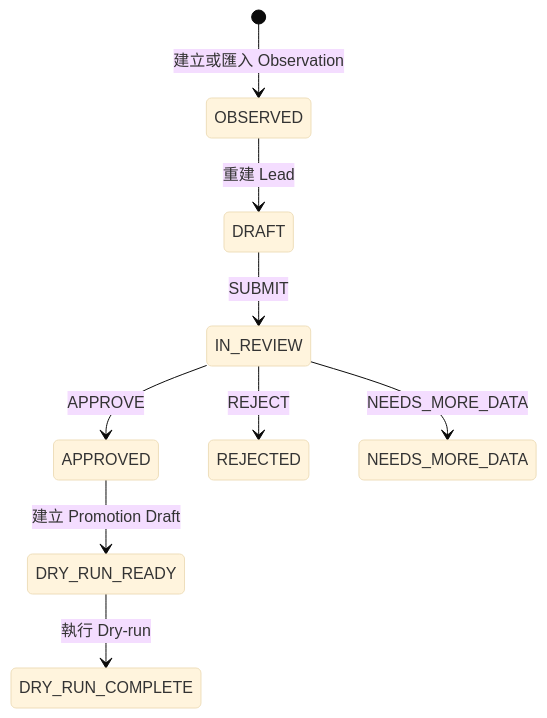
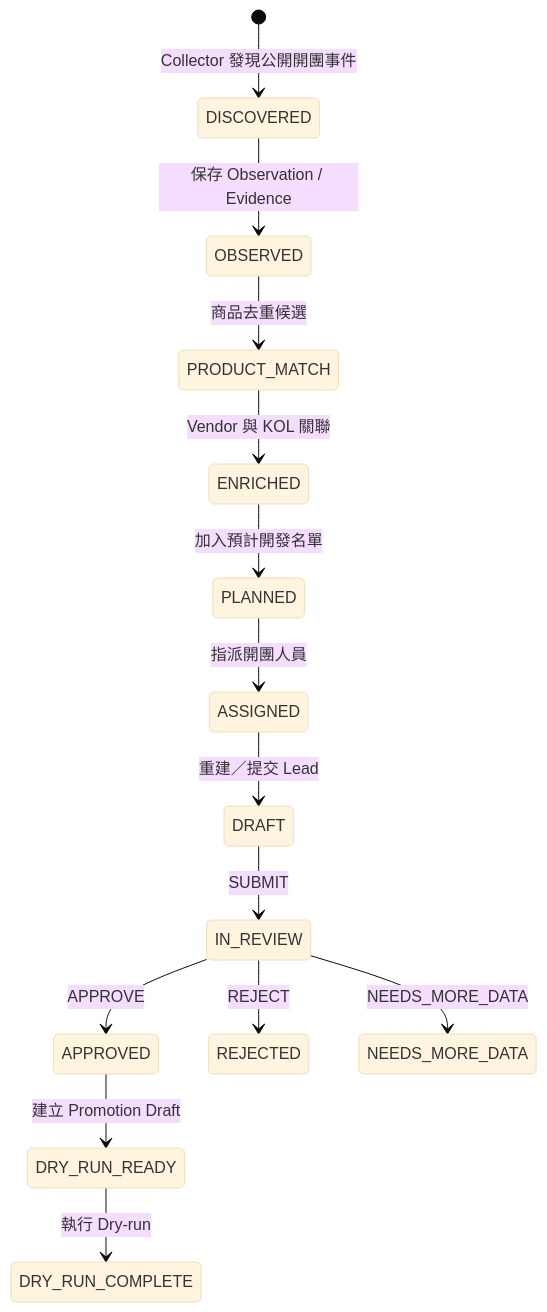
One commit to ws19135/group-buying-market-radar changed the diagram in docs/SDD.md. Above: the diagram before and after it, drawn with Mermaid (base theme). The commit also changed other lines of this file and 16 other files, not shown here.

````diff
--- a/docs/SDD.md
+++ b/docs/SDD.md
@@ -5,11 +5,16 @@
 ```mermaid
 stateDiagram-v2
-  [*] --> OBSERVED: 建立或匯入 Observation
-  OBSERVED --> DRAFT: 重建 Lead
+  [*] --> DISCOVERED: Collector 發現公開開團事件
+  DISCOVERED --> OBSERVED: 保存 Observation / Evidence
+  OBSERVED --> PRODUCT_MATCH: 商品去重候選
+  PRODUCT_MATCH --> ENRICHED: Vendor 與 KOL 關聯
+  ENRICHED --> PLANNED: 加入預計開發名單
+  PLANNED --> ASSIGNED: 指派開團人員
+  ASSIGNED --> DRAFT: 重建／提交 Lead
   DRAFT --> IN_REVIEW: SUBMIT
   IN_REVIEW --> APPROVED: APPROVE
   IN_REVIEW --> REJECTED: REJECT
   IN_REVIEW --> NEEDS_MORE_DATA: NEEDS_MORE_DATA
   APPROVED --> DRY_RUN_READY: 建立 Promotion Draft
   DRY_RUN_READY --> DRY_RUN_COMPLETE: 執行 Dry-run
 ```
````
